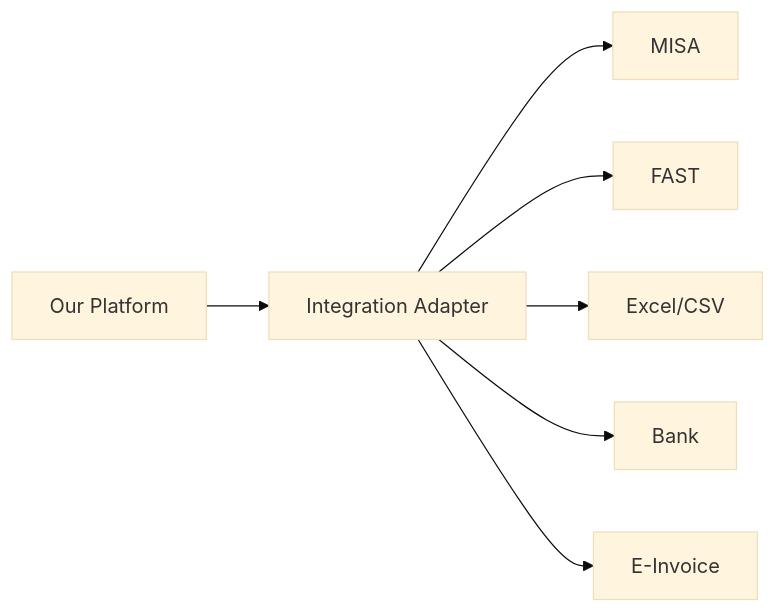
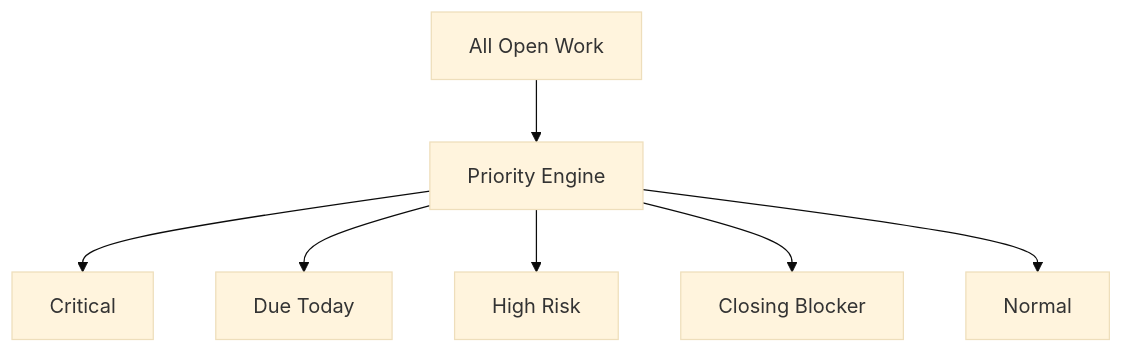
One commit to huynv81/tomtax changed diagram 15 of 22 in tdd.md. Above: the diagram before and after it, drawn with Mermaid (base theme). The commit also changed other lines of this file, not shown here.

````diff
--- a/tdd.md
+++ b/tdd.md
@@ -1522,13 +735,9 @@
 ```mermaid
-flowchart LR
-    PLATFORM[Our Platform]
-    ADAPTER[Integration Adapter]
-
-    PLATFORM --> ADAPTER
-
-    ADAPTER --> MISA[MISA]
-    ADAPTER --> FAST[FAST]
-    ADAPTER --> EXCEL[Excel/CSV]
-    ADAPTER --> BANK[Bank]
-    ADAPTER --> EINVOICE[E-Invoice]
+flowchart TD
+    A[All Open Work] --> B[Priority Engine]
+    B --> C[Critical]
+    B --> D[Due Today]
+    B --> E[High Risk]
+    B --> F[Closing Blocker]
+    B --> G[Normal]
 ```
````
